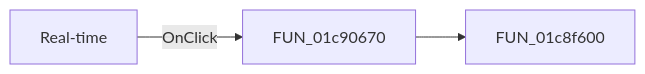
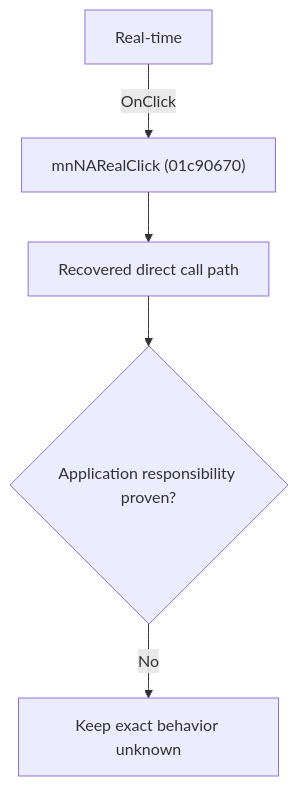
One commit to MovGP0/TIARA changed the diagram in docs/ui-controls/schematiceditor/real1-1e6658f6fa.md. Above: the diagram before and after it, drawn with Mermaid. The commit also changed other lines of this file and 1062 other files, not shown here.

````diff
--- a/docs/ui-controls/schematiceditor/real1-1e6658f6fa.md
+++ b/docs/ui-controls/schematiceditor/real1-1e6658f6fa.md
@@ -27,5 +27,7 @@
 ```mermaid
-flowchart LR
-    control["Real-time"] -->|OnClick| handler["FUN_01c90670"]
-    handler --> call1["FUN_01c8f600"]
+flowchart TD
+    control["Real-time"] -->|"OnClick"| handler["mnNARealClick (01c90670)"]
+    handler --> recovered["Recovered direct call path"]
+    recovered --> gap{"Application responsibility proven?"}
+    gap -->|"No"| blocked["Keep exact behavior unknown"]
 ```
````
